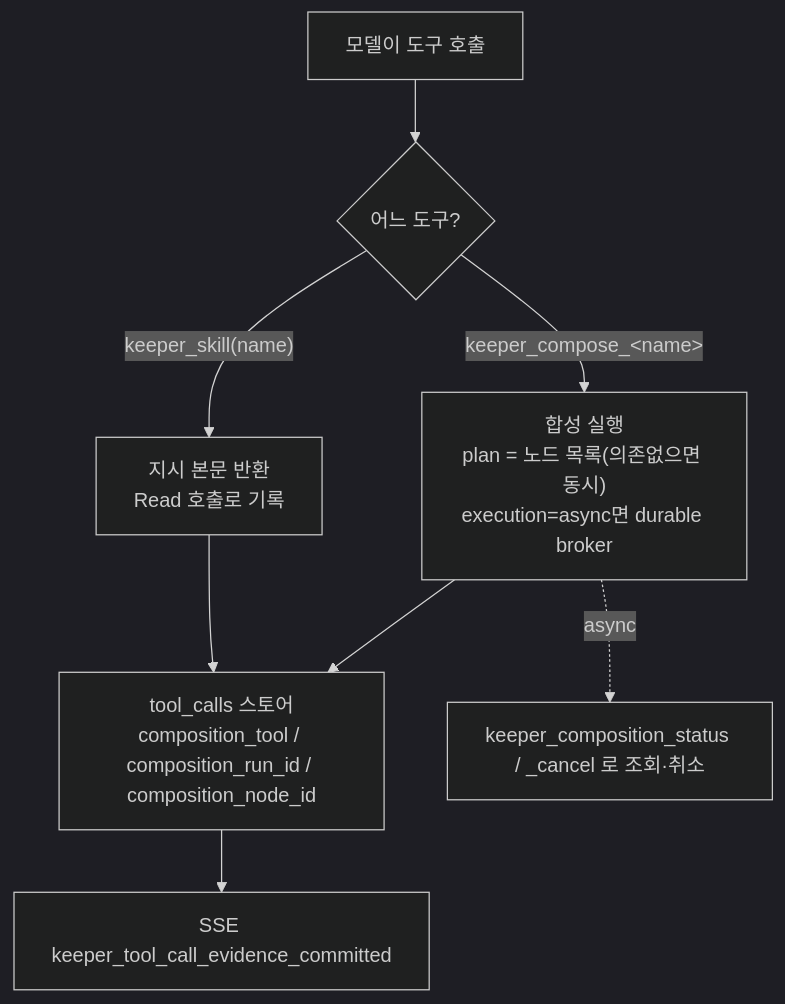
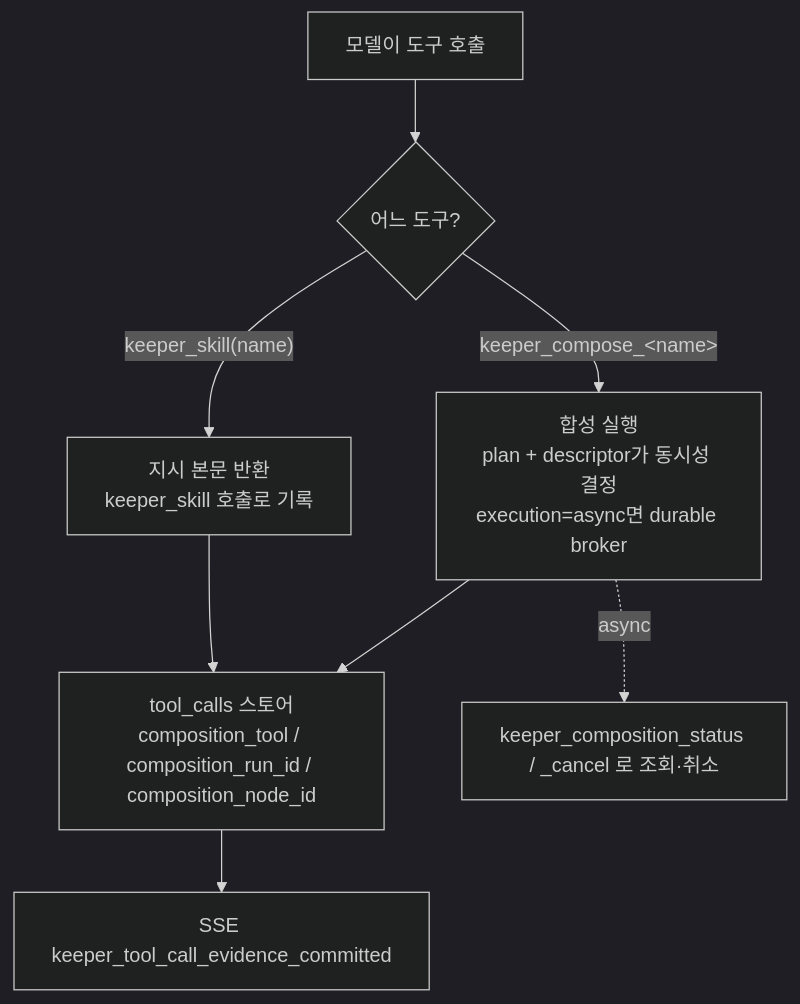
Before and after one commit to jeong-sik/masc: the fourth of 4 diagrams in docs/SKILLS-FLOW.md, drawn with Mermaid (dark theme). The commit also changed other lines of this file and 2 other files, not shown here.

````diff
--- a/docs/SKILLS-FLOW.md
+++ b/docs/SKILLS-FLOW.md
@@ -143,10 +145,10 @@
 ```mermaid
 flowchart TD
   M["모델이 도구 호출"] --> K{"어느 도구?"}
-  K -->|"keeper_compose_&lt;name&gt;"| CR["합성 실행<br/>plan = 노드 목록(의존없으면 동시)<br/>execution=async면 durable broker"]
-  K -->|"keeper_skill(name)"| IR["지시 본문 반환<br/>Read 호출로 기록"]
+  K -->|"keeper_compose_&lt;name&gt;"| CR["합성 실행<br/>plan + descriptor가 동시성 결정<br/>execution=async면 durable broker"]
+  K -->|"keeper_skill(name)"| IR["지시 본문 반환<br/>keeper_skill 호출로 기록"]
   CR --> EV["tool_calls 스토어<br/>composition_tool / composition_run_id / composition_node_id"]
   IR --> EV
   EV --> SSE["SSE keeper_tool_call_evidence_committed"]
   CR -.->|"async"| ST["keeper_composition_status / _cancel 로 조회·취소"]
 ```
````
